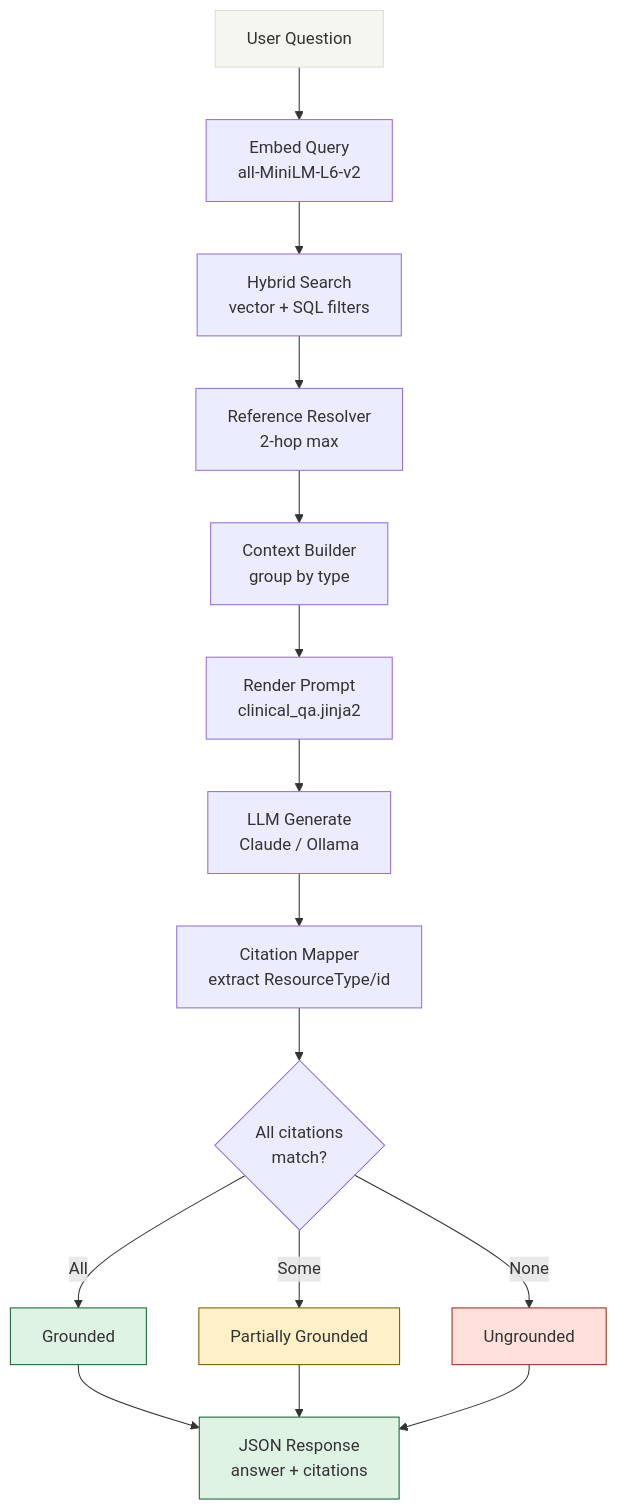
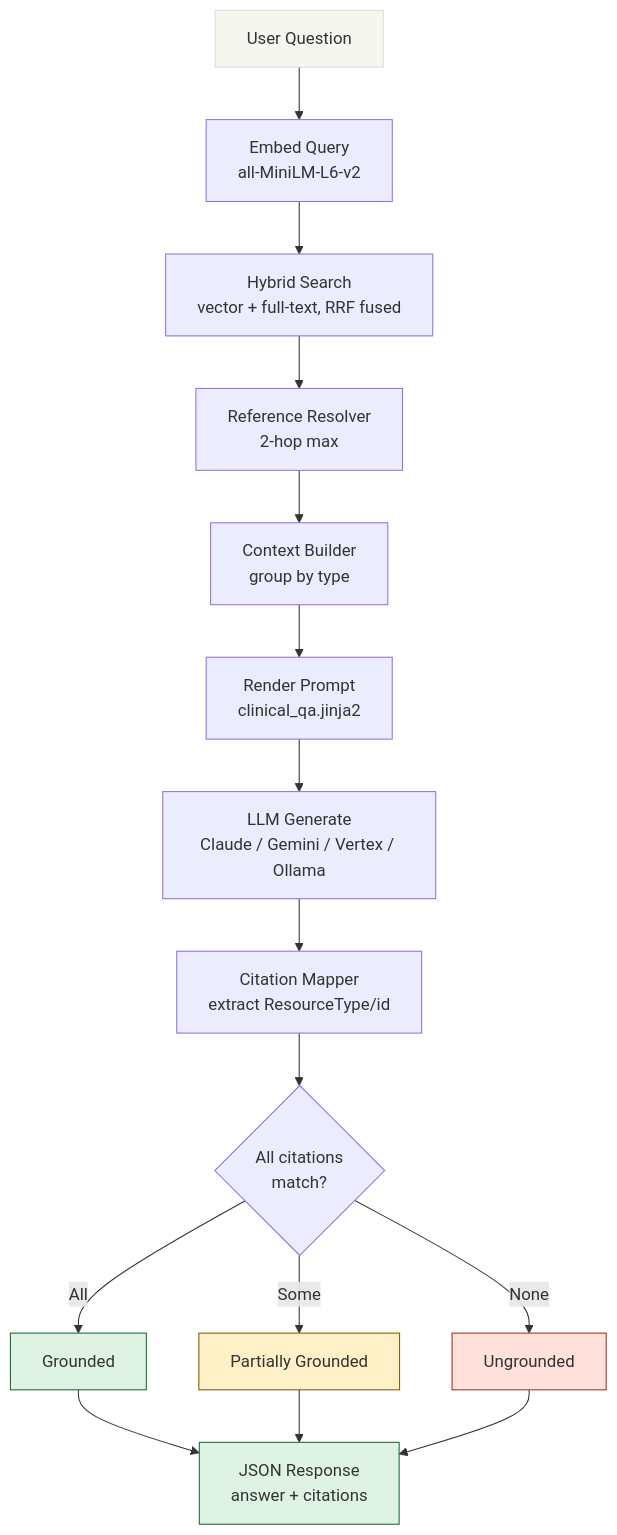
The fourth of 7 diagrams in README.md (budityw23/fhir-rag), drawn with Mermaid before and after one commit. The commit also changed other lines of this file, not shown here.

````diff
--- a/README.md
+++ b/README.md
@@ -111,24 +113,24 @@
 ```mermaid
 flowchart TD
     Q[User Question] --> E[Embed Query<br/>all-MiniLM-L6-v2]
-    E --> S[Hybrid Search<br/>vector + SQL filters]
+    E --> S[Hybrid Search<br/>vector + full-text, RRF fused]
     S --> R[Reference Resolver<br/>2-hop max]
     R --> C[Context Builder<br/>group by type]
     C --> P[Render Prompt<br/>clinical_qa.jinja2]
-    P --> L[LLM Generate<br/>Claude / Ollama]
+    P --> L[LLM Generate<br/>Claude / Gemini / Vertex / Ollama]
     L --> M[Citation Mapper<br/>extract ResourceType/id]
     M --> A{All citations<br/>match?}
     A -->|All| G[Grounded]
     A -->|Some| PG[Partially Grounded]
     A -->|None| U[Ungrounded]
 
     G --> RES[JSON Response<br/>answer + citations]
     PG --> RES
     U --> RES
 
     style Q fill:#f4f6ef,stroke:#d7dfd5
     style G fill:#dff3e5,stroke:#176536
     style PG fill:#fff0c7,stroke:#805900
     style U fill:#ffe0da,stroke:#9d301d
     style RES fill:#dff3e5,stroke:#176536
 ```
````
